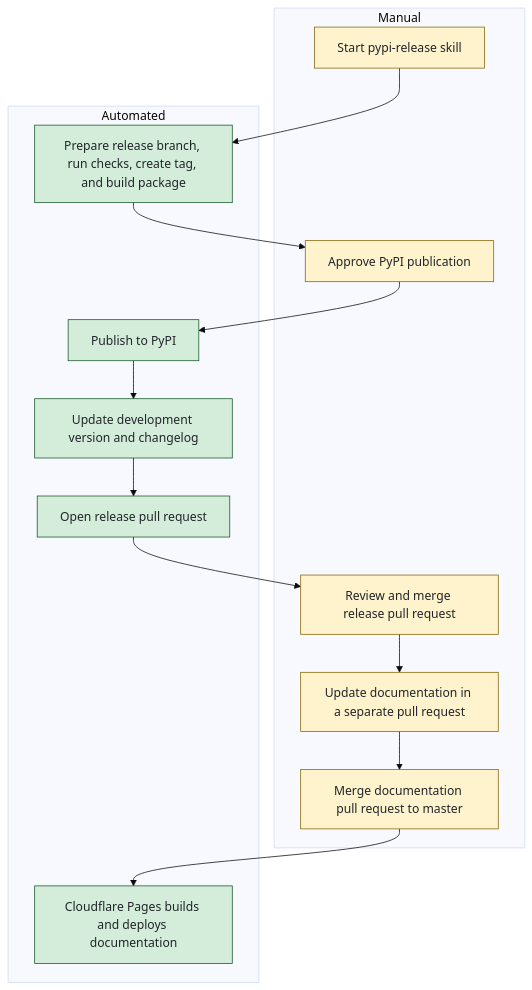
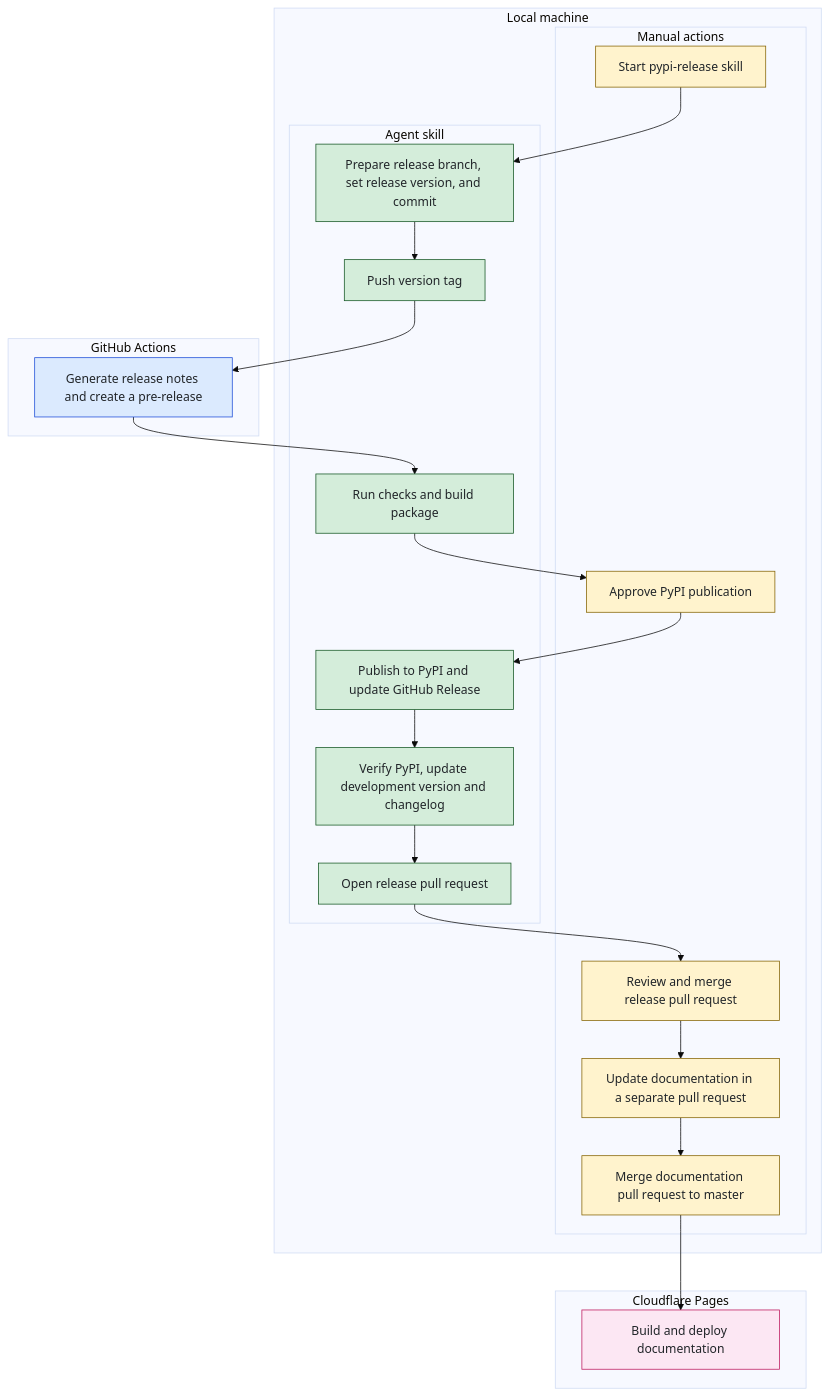
The diagram in release-memo.md (mocobeta/janome), drawn with Mermaid (base theme) before and after one commit.

Commit message:
Clarify release flow diagram

````diff
--- a/release-memo.md
+++ b/release-memo.md
@@ -19,25 +19,40 @@
 ```mermaid
 flowchart TD
-    subgraph Manual[Manual]
-        A[Start pypi-release skill]
-        C[Approve PyPI publication]
-        G[Review and merge release pull request]
-        H[Update documentation in a separate pull request]
-        I[Merge documentation pull request to master]
+    subgraph LocalMachine[Local machine]
+        subgraph Manual[Manual actions]
+            A[Start pypi-release skill]
+            F[Approve PyPI publication]
+            J[Review and merge release pull request]
+            K[Update documentation in a separate pull request]
+            L[Merge documentation pull request to master]
+        end
+
+        subgraph AgentSkill[Agent skill]
+            B[Prepare release branch, set release version, and commit]
+            C[Push version tag]
+            D[Run checks and build package]
+            G[Publish to PyPI and update GitHub Release]
+            H[Verify PyPI, update development version and changelog]
+            I[Open release pull request]
+        end
     end
 
-    subgraph Automated[Automated]
-        B[Prepare release branch, run checks, create tag, and build package]
-        D[Publish to PyPI]
-        E[Update development version and changelog]
-        F[Open release pull request]
-        J[Cloudflare Pages builds and deploys documentation]
+    subgraph GitHubActions[GitHub Actions]
+        E[Generate release notes and create a pre-release]
     end
 
-    A --> B --> C --> D --> E --> F --> G --> H --> I --> J
+    subgraph Cloudflare[Cloudflare Pages]
+        M[Build and deploy documentation]
+    end
+
+    A --> B --> C --> E --> D --> F --> G --> H --> I --> J --> K --> L --> M
 
     classDef manual fill:#fff3cd,stroke:#856404,color:#212529
-    classDef automated fill:#d4edda,stroke:#155724,color:#212529
-    class A,C,G,H,I manual
-    class B,D,E,F,J automated
+    classDef skill fill:#d4edda,stroke:#155724,color:#212529
+    classDef github fill:#dbeafe,stroke:#1d4ed8,color:#212529
+    classDef cloudflare fill:#fce7f3,stroke:#be185d,color:#212529
+    class A,F,J,K,L manual
+    class B,C,D,G,H,I skill
+    class E github
+    class M cloudflare
 ```
````
